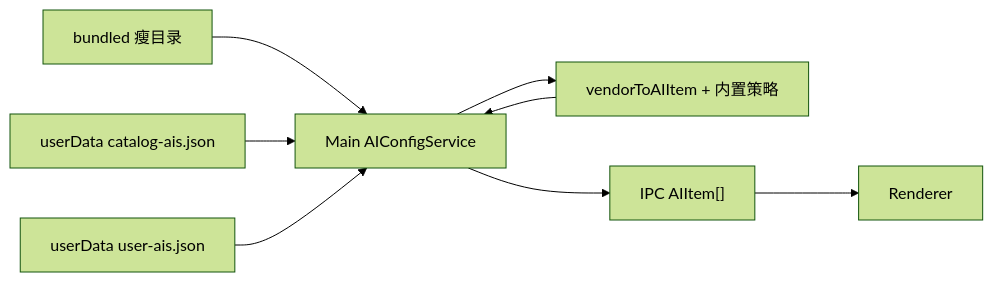
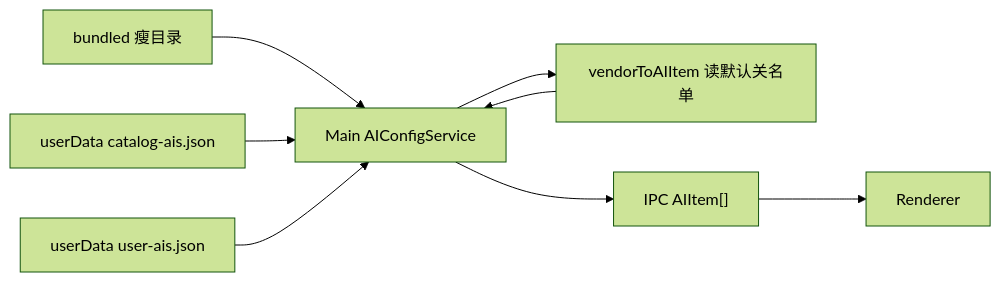
Before and after one commit to Kane-Kuroneko/electron-reaxes-react: the diagram in projects/ChatAIO/docs/feature-proposal--ai-catalog-source.md, drawn with Mermaid (forest theme). The commit also changed other lines of this file and 4 other files, not shown here.

````diff
--- a/projects/ChatAIO/docs/feature-proposal--ai-catalog-source.md
+++ b/projects/ChatAIO/docs/feature-proposal--ai-catalog-source.md
@@ -93,17 +93,17 @@
 ```mermaid
 flowchart LR
   bundled["bundled 瘦目录"]
   cache["userData catalog-ais.json"]
   user["userData user-ais.json"]
-  map["vendorToAIItem + 内置策略"]
+  map["vendorToAIItem 读默认关名单"]
   svc["Main AIConfigService"]
   ipc["IPC AIItem[]"]
   ui["Renderer"]
 
   bundled --> svc
   cache --> svc
   svc --> map
   map --> svc
   user --> svc
   svc --> ipc --> ui
 ```
````
